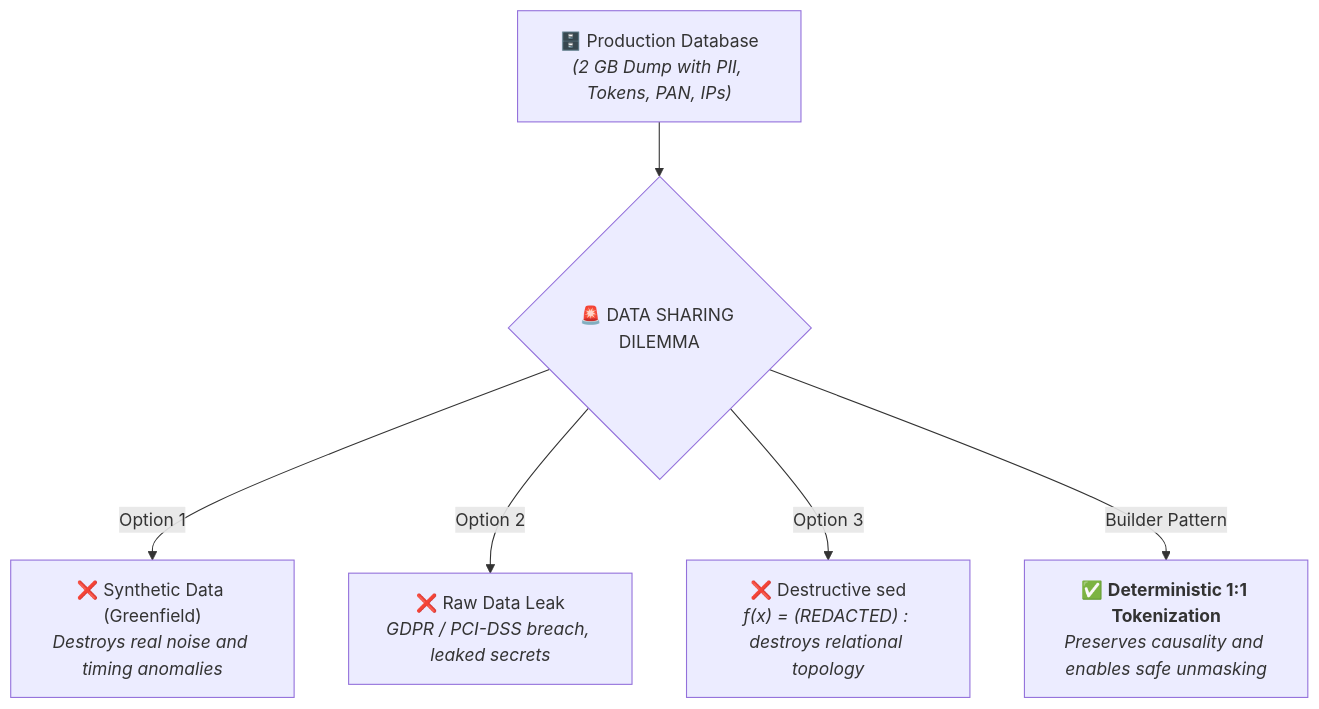
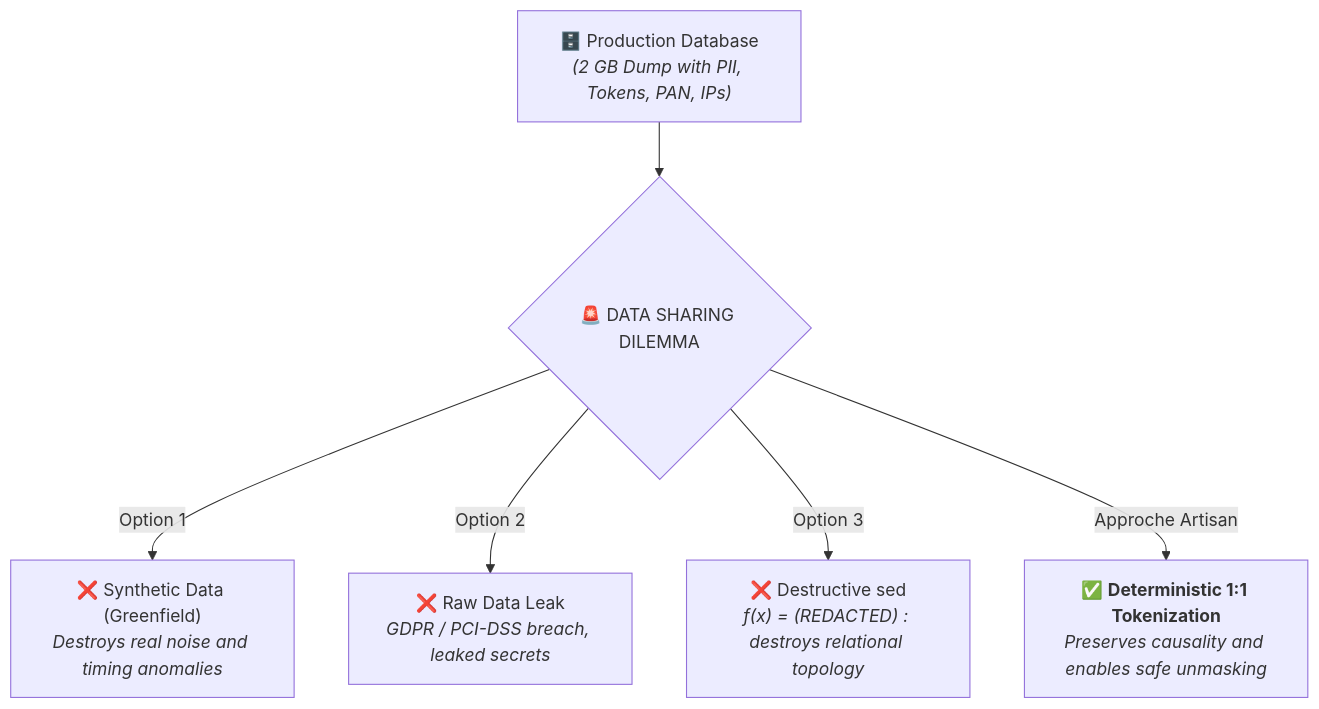
One commit to gpineda-dev/gpineda-dev.github.io changed the sixth of 11 diagrams in content/posts/2026-09-18-harness-introduction-with-dlp.fr.md. Above: the diagram before and after it, drawn with Mermaid. The commit also changed other lines of this file and 1 other file, not shown here.

````diff
--- a/content/posts/2026-09-18-harness-introduction-with-dlp.fr.md
+++ b/content/posts/2026-09-18-harness-introduction-with-dlp.fr.md
@@ -495,8 +495,8 @@
 ```mermaid
 flowchart TD
     A["🗄️ Production Database<br><i>(2 GB Dump with PII, Tokens, PAN, IPs)</i>"] --> Dilemma{"🚨 DATA SHARING DILEMMA"}
     Dilemma -->|Option 1| O1["❌ Synthetic Data (Greenfield)<br><i>Destroys real noise and timing anomalies</i>"]
     Dilemma -->|Option 2| O2["❌ Raw Data Leak<br><i>GDPR / PCI-DSS breach, leaked secrets</i>"]
     Dilemma -->|Option 3| O3["❌ Destructive sed<br><i>f(x) = (REDACTED) : destroys relational topology</i>"]
-    Dilemma -->|Builder Pattern| Sol["✅ <b>Deterministic 1:1 Tokenization</b><br><i>Preserves causality and enables safe unmasking</i>"]
+    Dilemma -->|Approche Artisan| Sol["✅ <b>Deterministic 1:1 Tokenization</b><br><i>Preserves causality and enables safe unmasking</i>"]
 ```
````
